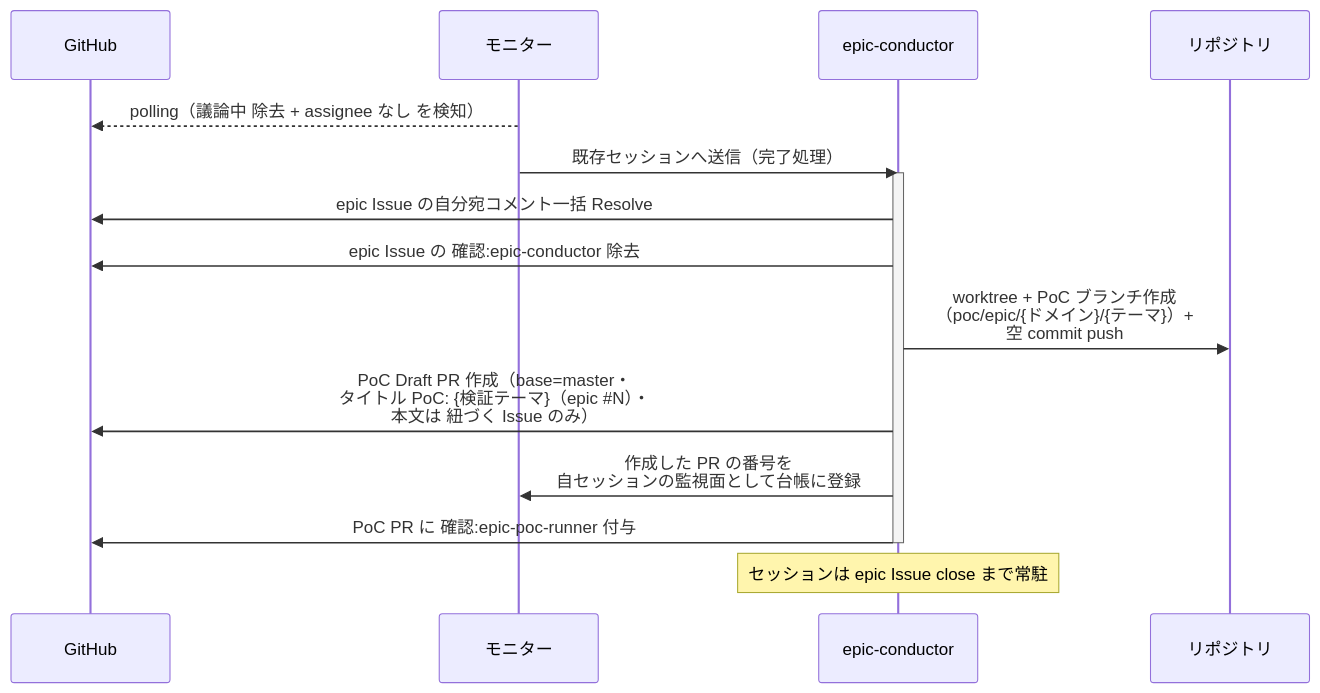
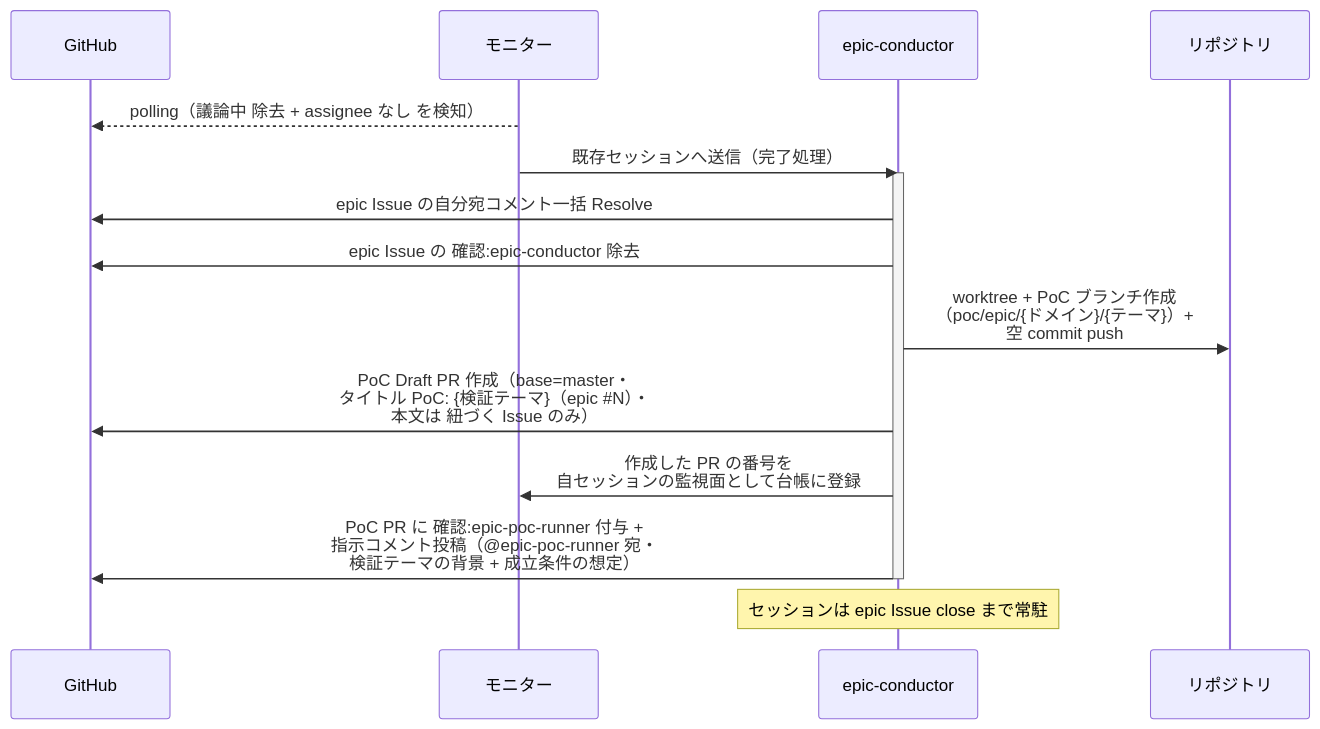
One commit to shuhei1101/ai-monitor-e2e changed the third of 3 diagrams in docs/wiki/設計図/シナリオ/単一ユースケース/epic要件確定.md. Above: the diagram before and after it, drawn with Mermaid. The commit also changed other lines of this file and 1 other file, not shown here.

Commit message:
PoC 依頼に指示コメントを追加（epic-poc-runner との対称化）

````diff
--- a/docs/wiki/設計図/シナリオ/単一ユースケース/epic要件確定.md
+++ b/docs/wiki/設計図/シナリオ/単一ユースケース/epic要件確定.md
@@ -130,19 +130,19 @@
 ```mermaid
 sequenceDiagram
   participant GH as GitHub
   participant ORC as モニター
   participant MON as epic-conductor
   participant REPO as リポジトリ
 
   ORC-->>GH: polling（議論中 除去 + assignee なし を検知）
   ORC->>MON: 既存セッションへ送信（完了処理）
   activate MON
   MON->>GH: epic Issue の自分宛コメント一括 Resolve
   MON->>GH: epic Issue の 確認:epic-conductor 除去
   MON->>REPO: worktree + PoC ブランチ作成<br>（poc/epic/{ドメイン}/{テーマ}）+<br>空 commit push
   MON->>GH: PoC Draft PR 作成（base=master・<br>タイトル PoC: {検証テーマ}（epic #35;N）・<br>本文は 紐づく Issue のみ）
   MON->>ORC: 作成した PR の番号を<br>自セッションの監視面として台帳に登録
-  MON->>GH: PoC PR に 確認:epic-poc-runner 付与
+  MON->>GH: PoC PR に 確認:epic-poc-runner 付与 +<br>指示コメント投稿（@epic-poc-runner 宛・<br>検証テーマの背景 + 成立条件の想定）
   deactivate MON
   Note over MON: セッションは epic Issue close まで常駐
 ```
````
